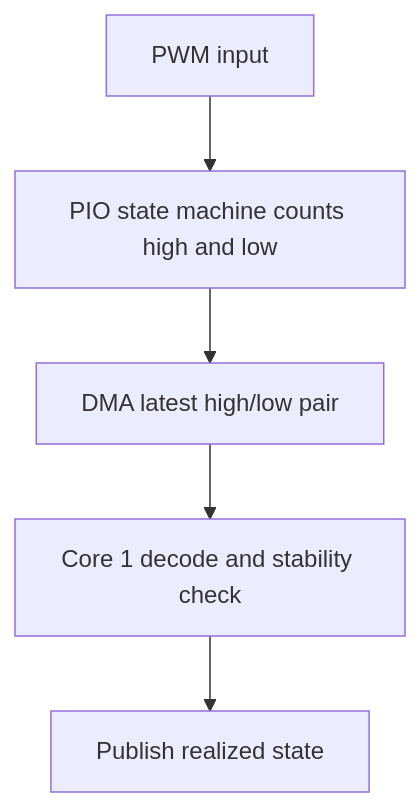
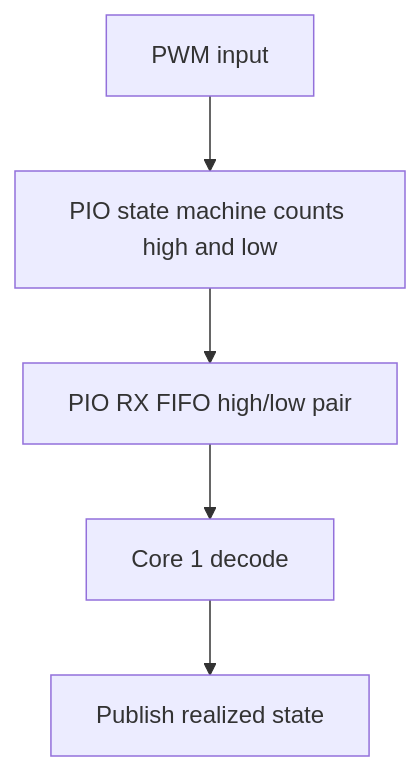
One commit to djwinter29-oss/PicoPWM changed the diagram in docs/detail/monitor/pio_monitor.md. Above: the diagram before and after it, drawn with Mermaid. The commit also changed other lines of this file and 67 other files, not shown here.

````diff
--- a/docs/detail/monitor/pio_monitor.md
+++ b/docs/detail/monitor/pio_monitor.md
@@ -26,7 +49,7 @@
 ```mermaid
 flowchart TD
     Input[PWM input] --> SM[PIO state machine counts high and low]
-    SM --> DMA[DMA latest high/low pair]
-    DMA --> Decode[Core 1 decode and stability check]
+    SM --> FIFO[PIO RX FIFO high/low pair]
+    FIFO --> Decode[Core 1 decode]
     Decode --> Snapshot[Publish realized state]
 ```
````
